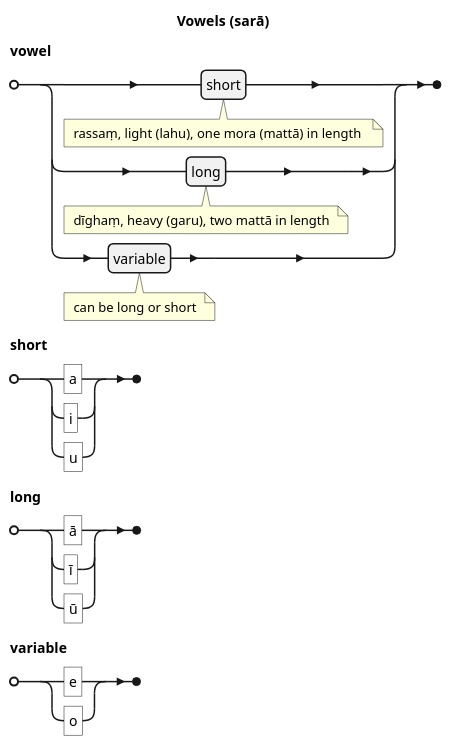
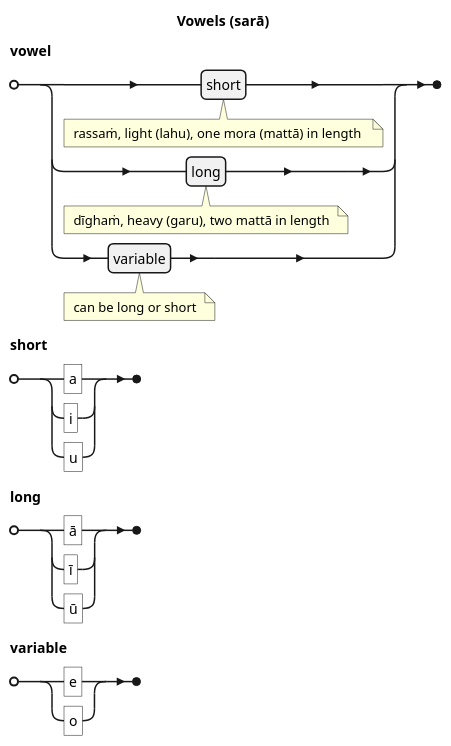
One commit to ChristineTham/buddhavacana changed the second of 12 diagrams in src/content/docs/Pali Textbook/c-grammar.md. Above: the diagram before and after it, drawn with PlantUML. The commit also changed other lines of this file and 22 other files, not shown here.

````diff
--- a/src/content/docs/Pali Textbook/c-grammar.md
+++ b/src/content/docs/Pali Textbook/c-grammar.md
@@ -35,12 +35,12 @@
 ```plantuml
 @startebnf
 title Vowels (sarā)
 vowel =
-  short (* rassaṃ, light (lahu), one mora (mattā) in length  *) |
-  long (* dīghaṃ, heavy (garu), two mattā in length *) |
+  short (* rassaṁ, light (lahu), one mora (mattā) in length  *) |
+  long (* dīghaṁ, heavy (garu), two mattā in length *) |
   variable (* can be long or short *);
 short = "a" | "i" | "u";
 long = "ā" | "ī" | "ū";
 variable = "e" | "o";
 @endebnf
 ```
````
